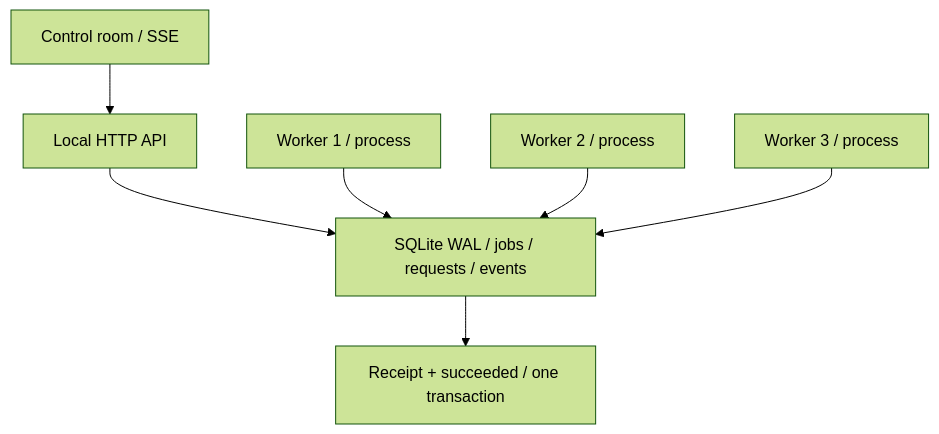
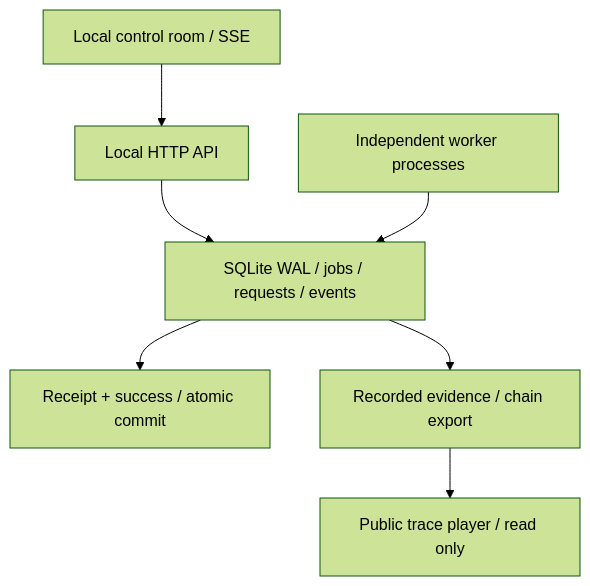
Before and after one commit to qiyuhuating/faultline-lab: the diagram in README.md, drawn with Mermaid (forest theme). The commit also changed other lines of this file and 36 other files, not shown here.

````diff
--- a/README.md
+++ b/README.md
@@ -78,9 +90,9 @@
 ```mermaid
 flowchart TD
-    UI["Control room / SSE"] --> API["Local HTTP API"]
-    API --> DB["SQLite WAL / jobs / requests / events"]
-    W1["Worker 1 / process"] --> DB
-    W2["Worker 2 / process"] --> DB
-    W3["Worker 3 / process"] --> DB
-    DB --> R["Receipt + succeeded / one transaction"]
+  UI["Local control room / SSE"] --> API["Local HTTP API"]
+  API --> DB["SQLite WAL / jobs / requests / events"]
+  W["Independent worker processes"] --> DB
+  DB --> R["Receipt + success / atomic commit"]
+  DB --> E["Recorded evidence / chain export"]
+  E --> P["Public trace player / read only"]
 ```
````
